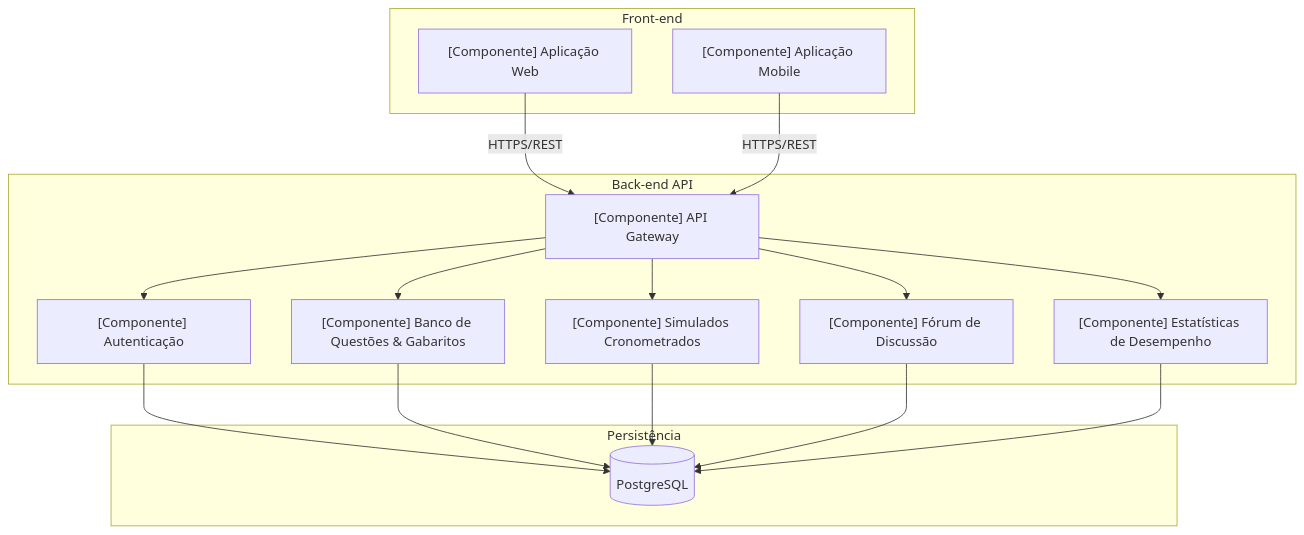
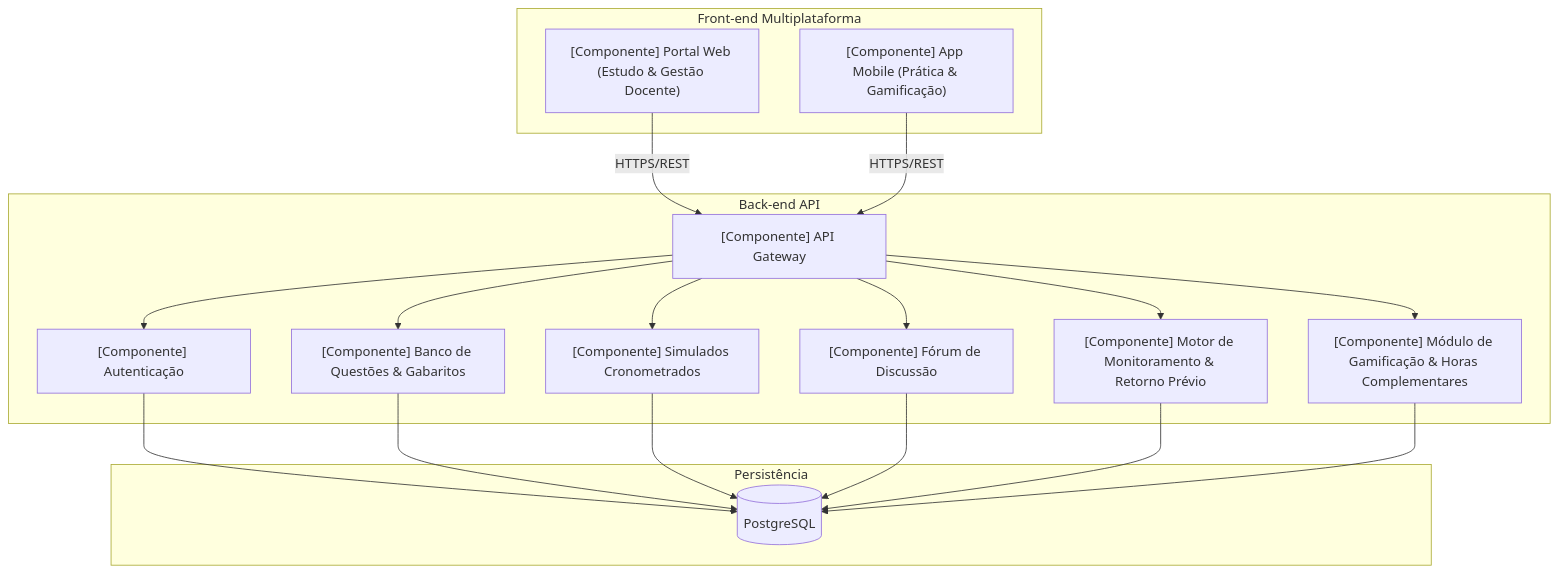
The second of 3 diagrams in README.md (joaohgabriell/sistema-apoio-enade-unifor), drawn with Mermaid before and after one commit. The commit also changed other lines of this file, not shown here.

Commit message:
feat: adiciona monitoramento previo docente e sistema de incentivo aos alunos

```diff
--- a/README.md
+++ b/README.md
@@ -107,22 +119,23 @@
 ~~~mermaid
 flowchart TB
-    subgraph Front-end
-        Web["[Componente] Aplicação Web"]
-        Mob["[Componente] Aplicação Mobile"]
+    subgraph Front-end Multiplataforma
+        Web["[Componente] Portal Web (Estudo & Gestão Docente)"]
+        Mob["[Componente] App Mobile (Prática & Gamificação)"]
     end
     subgraph Back-end API
         API["[Componente] API Gateway"]
         Auth["[Componente] Autenticação"]
         BancoQ["[Componente] Banco de Questões & Gabaritos"]
         Sim["[Componente] Simulados Cronometrados"]
         Forum["[Componente] Fórum de Discussão"]
-        Estats["[Componente] Estatísticas de Desempenho"]
+        Monit["[Componente] Motor de Monitoramento & Retorno Prévio"]
+        Gamif["[Componente] Módulo de Gamificação & Horas Complementares"]
     end
     subgraph Persistência
         DB[("PostgreSQL")]
     end
 
     Web & Mob -->|HTTPS/REST| API
-    API --> Auth & BancoQ & Sim & Forum & Estats
-    Auth & BancoQ & Sim & Forum & Estats --> DB
+    API --> Auth & BancoQ & Sim & Forum & Monit & Gamif
+    Auth & BancoQ & Sim & Forum & Monit & Gamif --> DB
 ~~~
```
